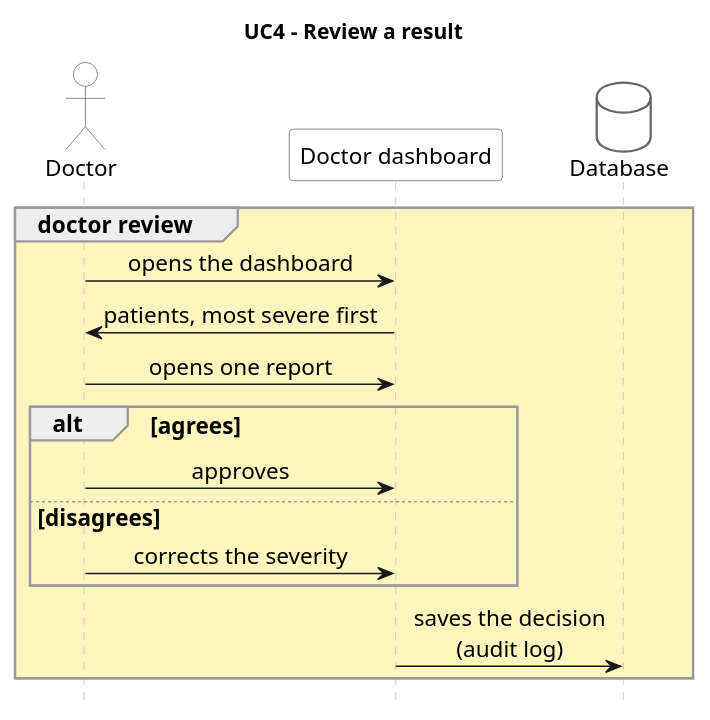
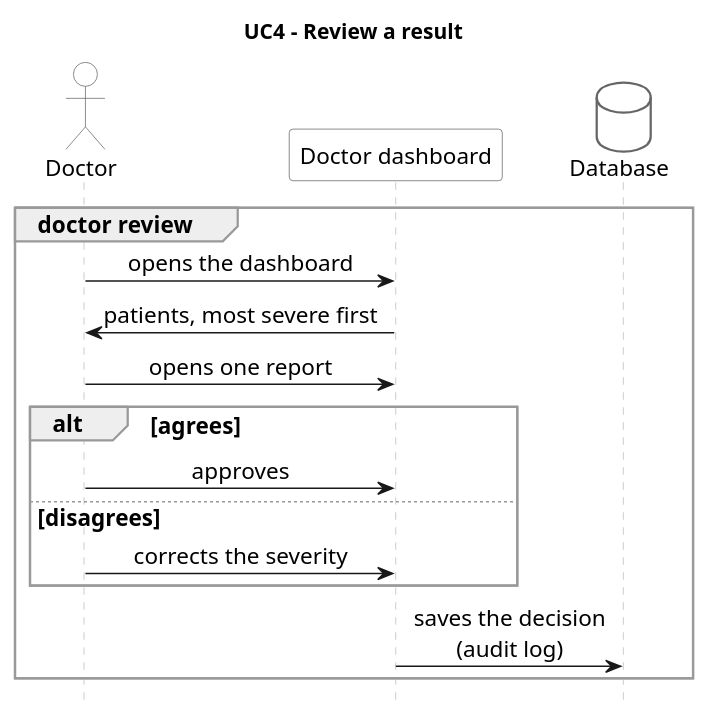
One commit to BarbaraKlimekTomatova/ACC1ILV-cloud-and-AI-infrastructure-for-sleep-apnea-detection- changed the diagram in diagrams/usecases/10.11_A_UC4-review-a-result_v1.puml. Above: the diagram before and after it, drawn with PlantUML. The commit also changed 12 other files, not shown here.

Commit message:
update usecase diagrams

```diff
--- a/diagrams/usecases/10.11_A_UC4-review-a-result_v1.puml
+++ b/diagrams/usecases/10.11_A_UC4-review-a-result_v1.puml
@@ -1,44 +1,44 @@
 @startuml UC4
 skinparam shadowing false
 skinparam defaultFontName Arial
 skinparam defaultFontSize 15
 skinparam sequenceMessageAlign center
 skinparam sequence {
   LifeLineBorderColor #BBBBBB
   ParticipantBorderColor #666666
   ParticipantBackgroundColor #FFFFFF
   ActorBorderColor #666666
   ActorBackgroundColor #FFFFFF
   GroupBorderColor #999999
 }
 skinparam database {
   BorderColor #666666
   BackgroundColor #FFFFFF
 }
 skinparam queue {
   BorderColor #666666
   BackgroundColor #FFFFFF
 }
 skinparam note {
   BorderColor #BBBBBB
-  BackgroundColor #FFFDE7
+  BackgroundColor #FFFFFF
 }
 hide footbox
 title UC4 – Review a result
 
 actor "Doctor" as DOC
 participant "Doctor dashboard" as DASH
 database "Database" as DB
 
-group #FFF5BE doctor review
+group doctor review
   DOC -> DASH : opens the dashboard
   DASH -> DOC : patients, most severe first
   DOC -> DASH : opens one report
   alt agrees
     DOC -> DASH : approves
   else disagrees
     DOC -> DASH : corrects the severity
   end
   DASH -> DB : saves the decision\n(audit log)
 end
 @enduml
```
